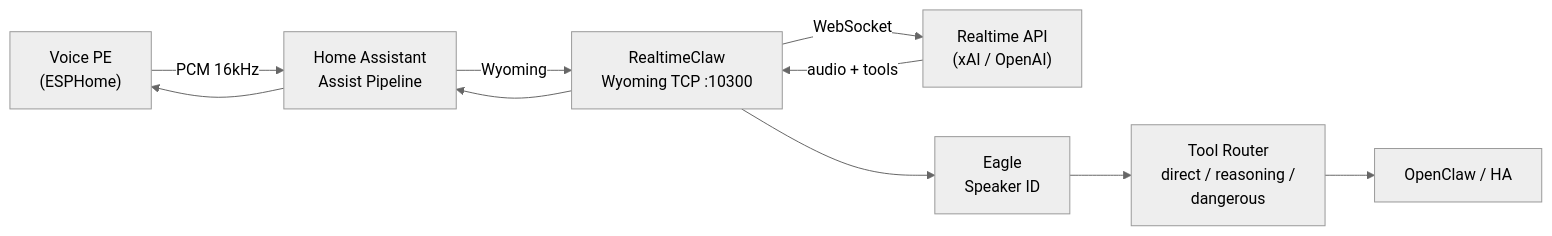
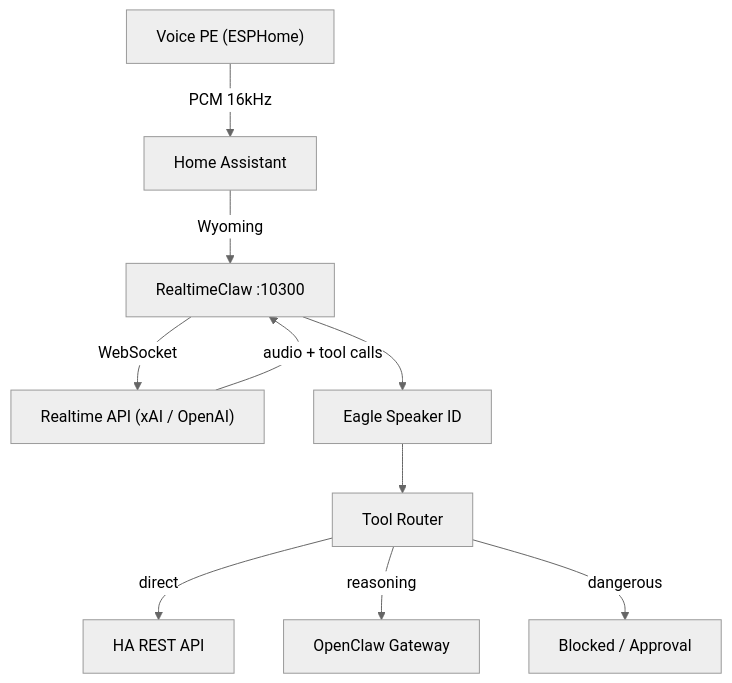
The first of 5 diagrams in README.md (ufelmann/RealtimeClaw), drawn with Mermaid (neutral theme) before and after one commit. The commit also changed other lines of this file and 6 other files, not shown here.

````diff
--- a/README.md
+++ b/README.md
@@ -12,21 +17,13 @@
 ```mermaid
-flowchart LR
-    VPE["Voice PE<br/>(ESPHome)"]
-    HA["Home Assistant<br/>Assist Pipeline"]
-    RC["RealtimeClaw<br/>Wyoming TCP :10300"]
-    API["Realtime API<br/>(xAI / OpenAI)"]
-    Eagle["Eagle<br/>Speaker ID"]
-    Router["Tool Router<br/>direct / reasoning /<br/>dangerous"]
-    OC["OpenClaw / HA"]
+flowchart TD
+    VPE["Voice PE (ESPHome)"] -- "PCM 16kHz" --> HA["Home Assistant"]
+    HA -- "Wyoming" --> RC["RealtimeClaw :10300"]
+    RC -- "WebSocket" --> API["Realtime API (xAI / OpenAI)"]
+    API -- "audio + tool calls" --> RC
 
-    VPE -- "PCM 16kHz" --> HA
-    HA -- "Wyoming" --> RC
-    RC -- "WebSocket" --> API
-    API -- "audio + tools" --> RC
-    RC --> HA
-    HA --> VPE
-
-    RC --> Eagle
-    Eagle --> Router
-    Router --> OC
+    RC --> Eagle["Eagle Speaker ID"]
+    Eagle --> Router["Tool Router"]
+    Router -- "direct" --> HA_API["HA REST API"]
+    Router -- "reasoning" --> OC["OpenClaw Gateway"]
+    Router -- "dangerous" --> Block["Blocked / Approval"]
 ```
````
